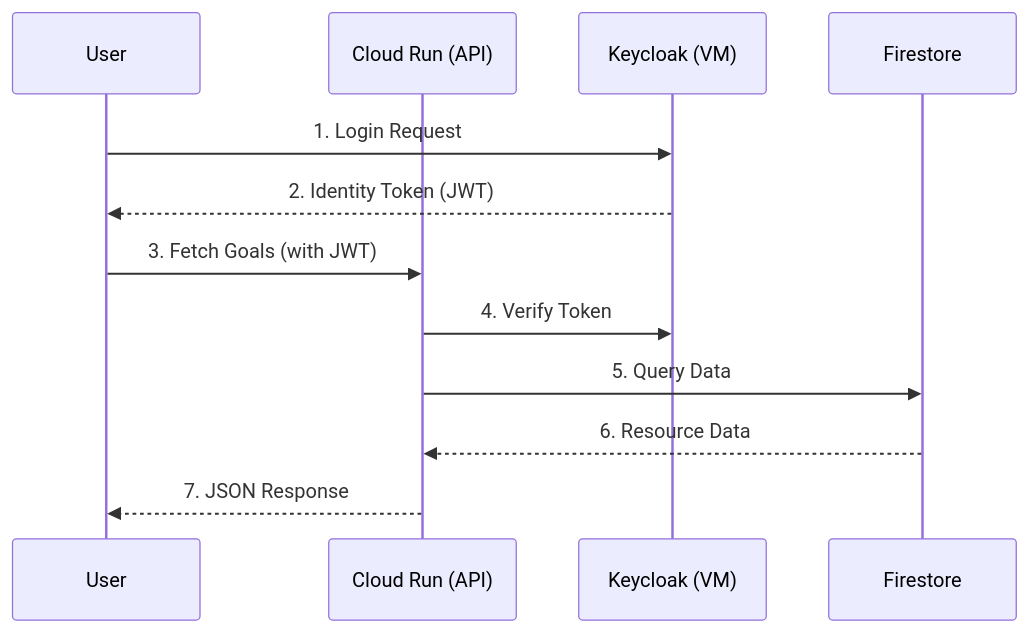
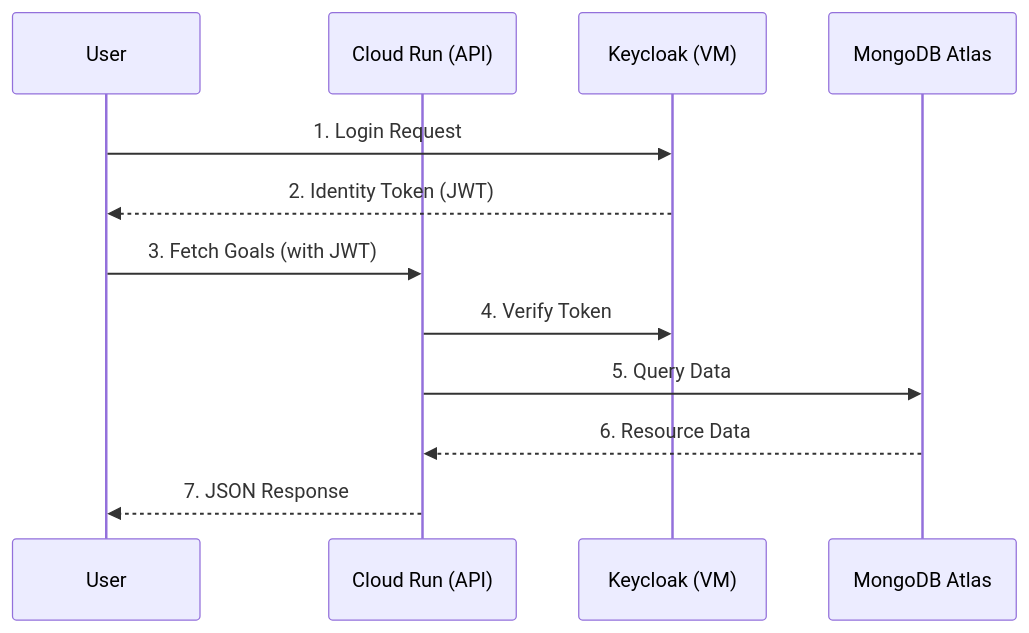
Before and after one commit to Planthor/planthor-documentation: the fourth of 4 diagrams in docs/devops.md, drawn with Mermaid. The commit also changed other lines of this file and 7 other files, not shown here.

````diff
--- a/docs/devops.md
+++ b/docs/devops.md
@@ -200,15 +200,15 @@
 ```mermaid
 sequenceDiagram
     participant U as User
     participant CR as Cloud Run (API)
     participant KC as Keycloak (VM)
-    participant FS as Firestore
+    participant FS as MongoDB Atlas
 
     U->>KC: 1. Login Request
     KC-->>U: 2. Identity Token (JWT)
     U->>CR: 3. Fetch Goals (with JWT)
     CR->>KC: 4. Verify Token
     CR->>FS: 5. Query Data
     FS-->>CR: 6. Resource Data
     CR-->>U: 7. JSON Response
 ```
````
